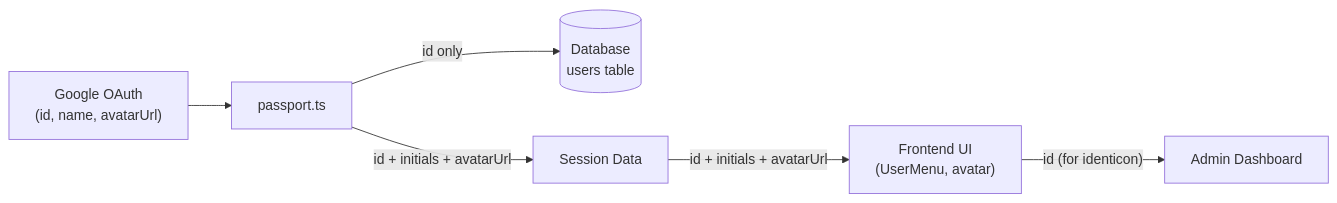
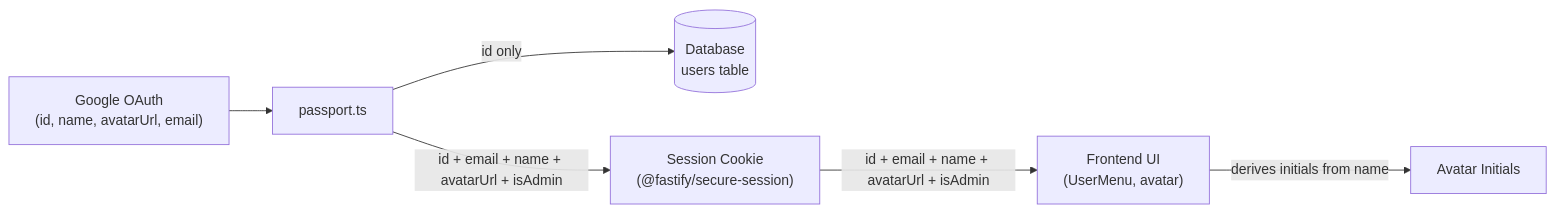
One commit to yoavain/calendar-puzzle changed the second of 2 diagrams in docs/AUTH.md. Above: the diagram before and after it, drawn with Mermaid. The commit also changed other lines of this file and 3 other files, not shown here.

````diff
--- a/docs/AUTH.md
+++ b/docs/AUTH.md
@@ -206,8 +208,8 @@
 ```mermaid
 flowchart LR
-    Google["Google OAuth\n(id, name, avatarUrl)"] --> Passport["passport.ts"]
+    Google["Google OAuth\n(id, name, avatarUrl, email)"] --> Passport["passport.ts"]
     Passport -->|"id only"| DB[("Database\nusers table")]
-    Passport -->|"id + initials + avatarUrl"| Session["Session Data"]
-    Session -->|"id + initials + avatarUrl"| Frontend["Frontend UI\n(UserMenu, avatar)"]
-    Frontend -->|"id (for identicon)"| Admin["Admin Dashboard"]
+    Passport -->|"id + email + name + avatarUrl + isAdmin"| Session["Session Cookie\n(@fastify/secure-session)"]
+    Session -->|"id + email + name + avatarUrl + isAdmin"| Frontend["Frontend UI\n(UserMenu, avatar)"]
+    Frontend -->|"derives initials from name"| Avatar["Avatar Initials"]
 ```
````
